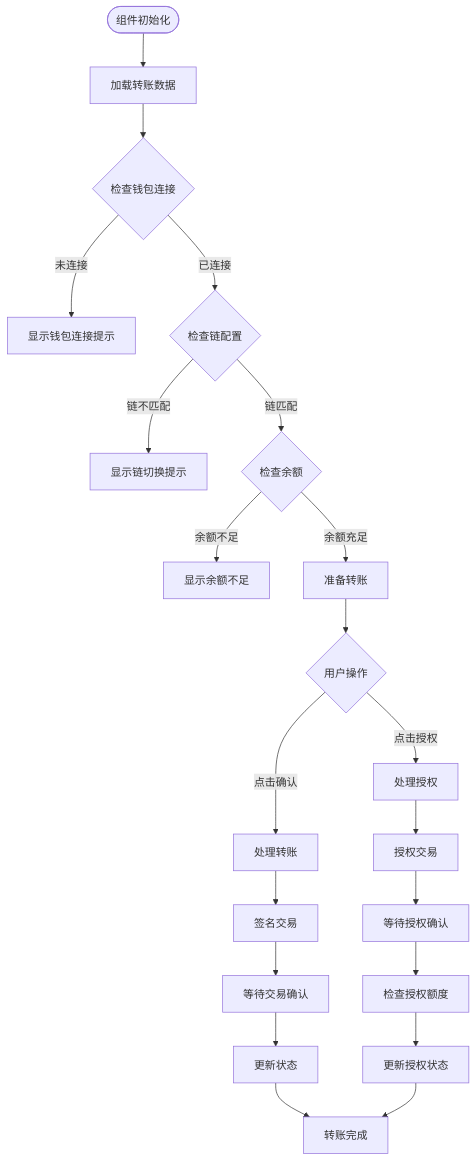
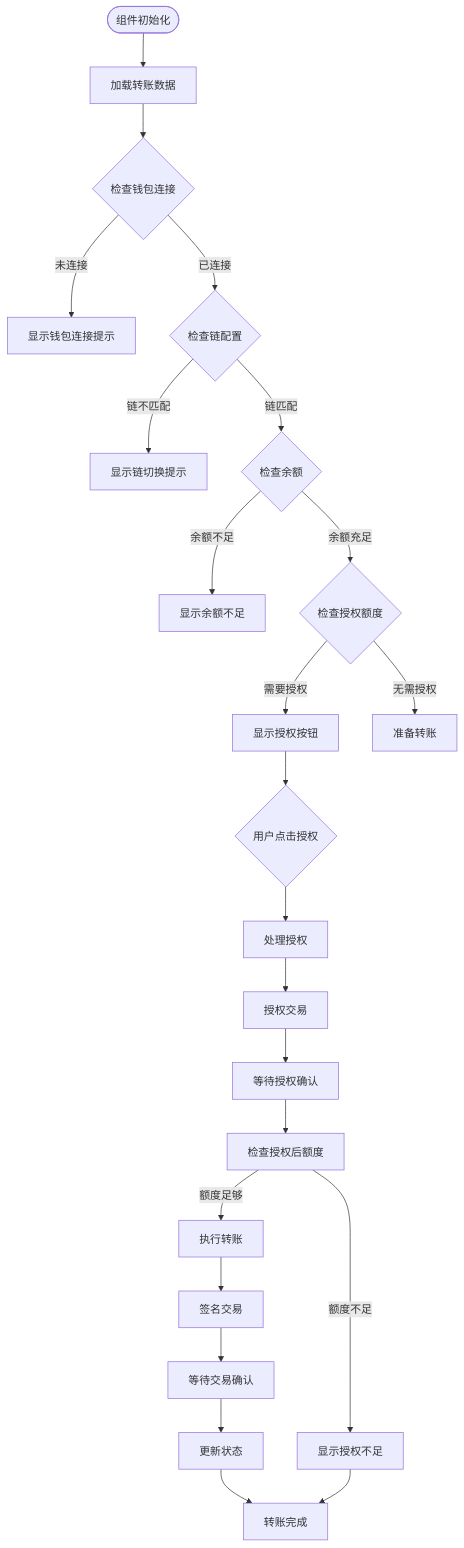
One commit to CryptoLinxu/Web3-AI-Agent changed the second of 12 diagrams in .qoder/repowiki/zh/content/项目概述/整体架构概览/Web应用程序/TransferCard转账卡片组件.md. Above: the diagram before and after it, drawn with Mermaid. The commit also changed other lines of this file and 18 other files, not shown here.

````diff
--- a/.qoder/repowiki/zh/content/项目概述/整体架构概览/Web应用程序/TransferCard转账卡片组件.md
+++ b/.qoder/repowiki/zh/content/项目概述/整体架构概览/Web应用程序/TransferCard转账卡片组件.md
@@ -93,23 +102,25 @@
 ```mermaid
 flowchart TD
 Start([组件初始化]) --> LoadData[加载转账数据]
 LoadData --> CheckWallet{检查钱包连接}
 CheckWallet --> |未连接| ShowError[显示钱包连接提示]
 CheckWallet --> |已连接| CheckChain{检查链配置}
 CheckChain --> |链不匹配| ShowChainError[显示链切换提示]
 CheckChain --> |链匹配| CheckBalance{检查余额}
 CheckBalance --> |余额不足| ShowBalanceError[显示余额不足]
-CheckBalance --> |余额充足| Ready[准备转账]
-Ready --> UserAction{用户操作}
-UserAction --> |点击确认| HandleTransfer[处理转账]
-UserAction --> |点击授权| HandleApprove[处理授权]
-HandleTransfer --> SignTransaction[签名交易]
+CheckBalance --> |余额充足| CheckAllowance{检查授权额度}
+CheckAllowance --> |需要授权| ShowApprove[显示授权按钮]
+CheckAllowance --> |无需授权| Ready[准备转账]
+ShowApprove --> UserApprove{用户点击授权}
+UserApprove --> HandleApprove[处理授权]
 HandleApprove --> ApproveTransaction[授权交易]
+ApproveTransaction --> WaitApproveReceipt[等待授权确认]
+WaitApproveReceipt --> CheckAllowanceAfter[检查授权后额度]
+CheckAllowanceAfter --> |额度不足| ShowApproveError[显示授权不足]
+CheckAllowanceAfter --> |额度足够| ExecuteTransfer[执行转账]
+ExecuteTransfer --> SignTransaction[签名交易]
 SignTransaction --> WaitReceipt[等待交易确认]
-ApproveTransaction --> WaitApproveReceipt[等待授权确认]
 WaitReceipt --> UpdateStatus[更新状态]
-WaitApproveReceipt --> CheckAllowance[检查授权额度]
-CheckAllowance --> UpdateAllowance[更新授权状态]
 UpdateStatus --> Complete[转账完成]
-UpdateAllowance --> Complete
+ShowApproveError --> Complete
 ```
````
